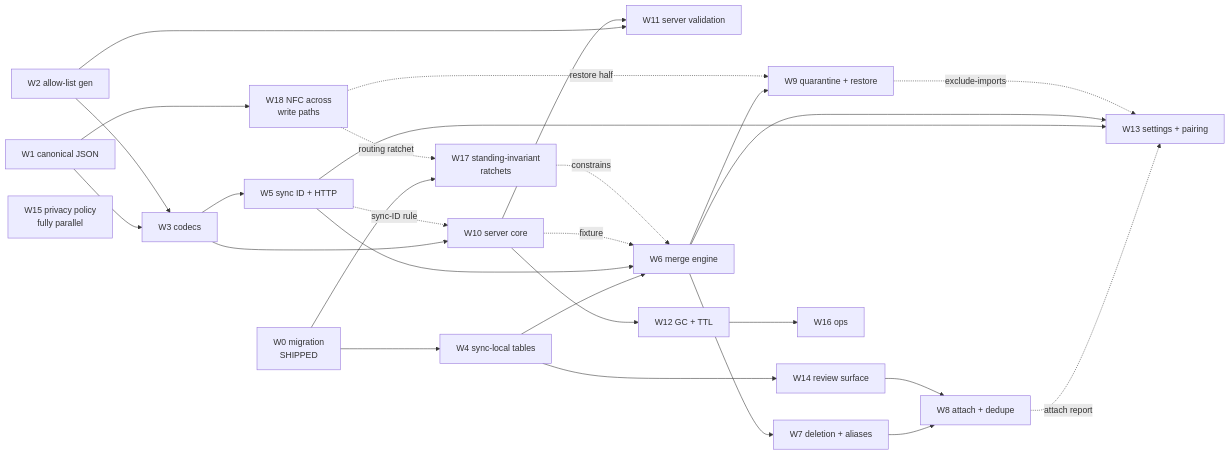
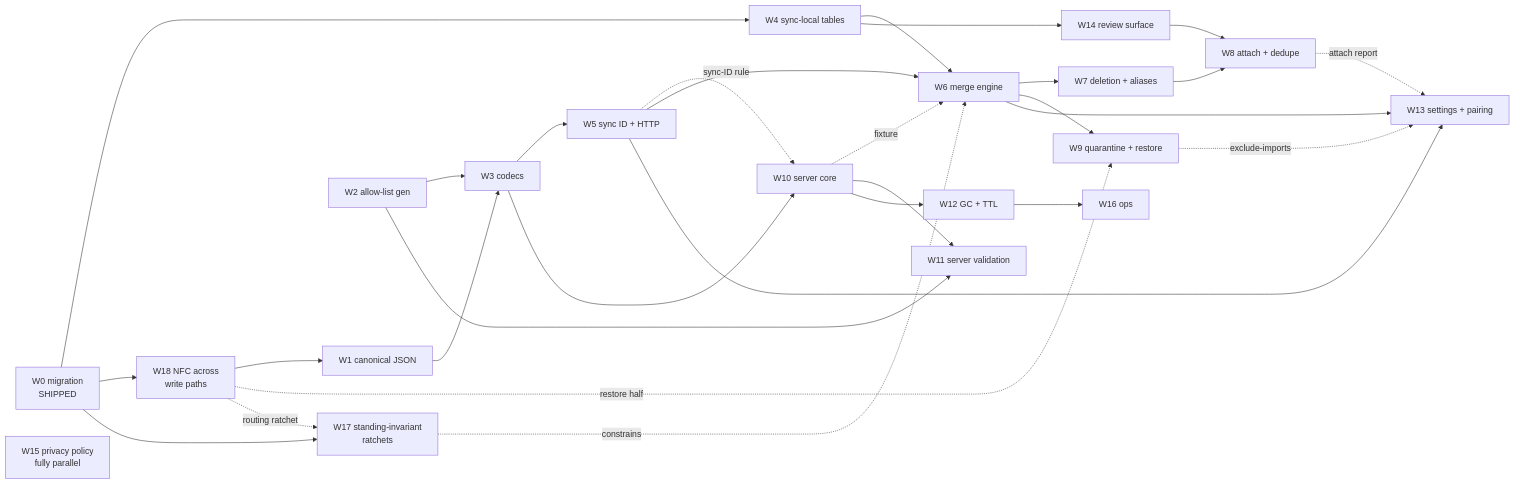
One commit to ibanner56/CallersCompendium changed the diagram in docs/design/sync-implementation.md. Above: the diagram before and after it, drawn with Mermaid. The commit also changed other lines of this file and 6 other files, not shown here.

````diff
--- a/docs/design/sync-implementation.md
+++ b/docs/design/sync-implementation.md
@@ -1336,31 +1316,32 @@
 ```mermaid
 graph LR
   W0[W0 migration<br/>SHIPPED] --> W4[W4 sync-local tables]
-  W1[W1 canonical JSON] --> W3[W3 codecs]
+  W0 --> W18[W18 NFC across<br/>write paths]
+  W18 --> W1[W1 canonical JSON]
+  W1 --> W3[W3 codecs]
   W2[W2 allow-list gen] --> W3
   W2 --> W11[W11 server validation]
   W3 --> W5[W5 sync ID + HTTP]
   W3 --> W10[W10 server core]
   W5 -.sync-ID rule.-> W10
   W4 --> W6[W6 merge engine]
   W5 --> W6
   W10 -.fixture.-> W6
   W10 --> W11
   W10 --> W12[W12 GC + TTL]
   W6 --> W7[W7 deletion + aliases]
   W7 --> W8[W8 attach + dedupe]
   W6 --> W9[W9 quarantine + restore]
   W4 --> W14[W14 review surface]
   W14 --> W8
   W8 -.attach report.-> W13
   W5 --> W13[W13 settings + pairing]
   W6 --> W13
   W9 -.exclude-imports.-> W13
   W12 --> W16[W16 ops]
   W15[W15 privacy policy<br/>fully parallel]
   W17[W17 standing-invariant<br/>ratchets] -.constrains.-> W6
   W0 --> W17
-  W1 --> W18[W18 NFC across<br/>write paths]
   W18 -.restore half.-> W9
   W18 -.routing ratchet.-> W17
 ```
````
